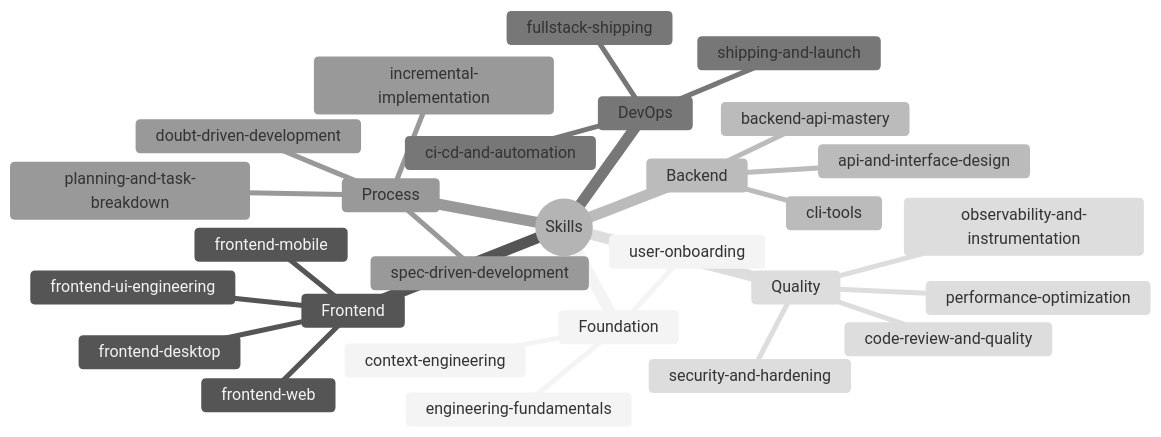
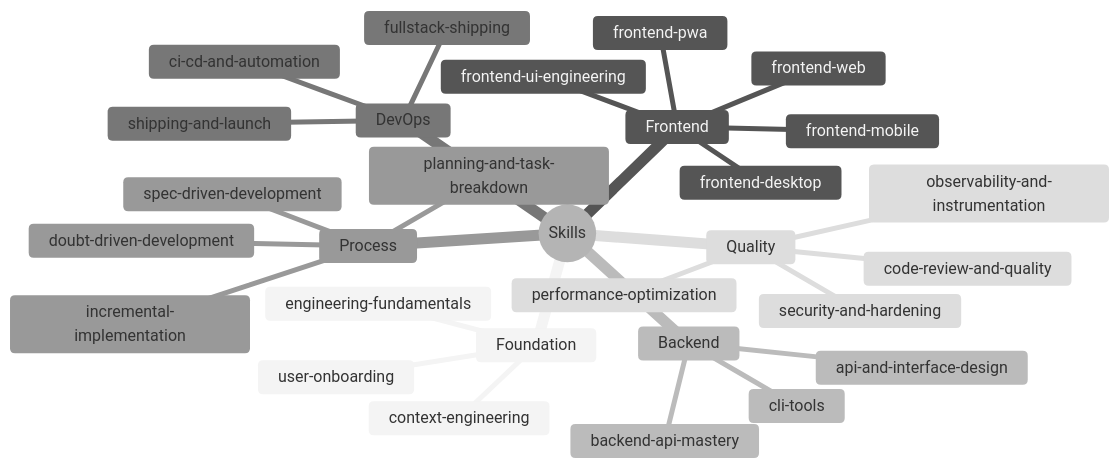
The first of 2 diagrams in AGENTS.md (juandelossantos/another-agent-skills), drawn with Mermaid (neutral theme) before and after one commit. The commit also changed 85 other files, not shown here.

````diff
--- a/AGENTS.md
+++ b/AGENTS.md
@@ -80,31 +80,32 @@
 ```mermaid
 mindmap
   root((Skills))
     Foundation
       engineering-fundamentals
       context-engineering
       user-onboarding
     Frontend
       frontend-web
+      frontend-pwa
       frontend-mobile
       frontend-desktop
       frontend-ui-engineering
     Backend
       backend-api-mastery
       api-and-interface-design
       cli-tools
     DevOps
       ci-cd-and-automation
       shipping-and-launch
       fullstack-shipping
     Process
       spec-driven-development
       planning-and-task-breakdown
       incremental-implementation
       doubt-driven-development
     Quality
       code-review-and-quality
       security-and-hardening
       performance-optimization
       observability-and-instrumentation
 ```
````
